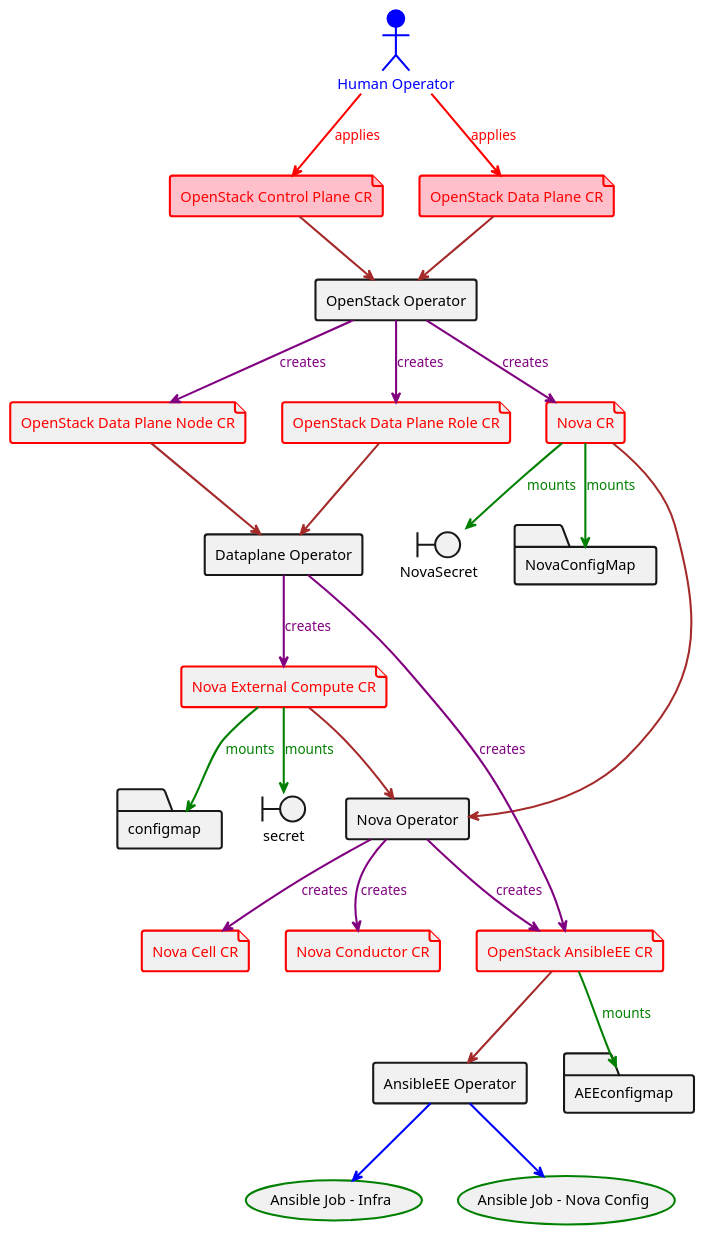
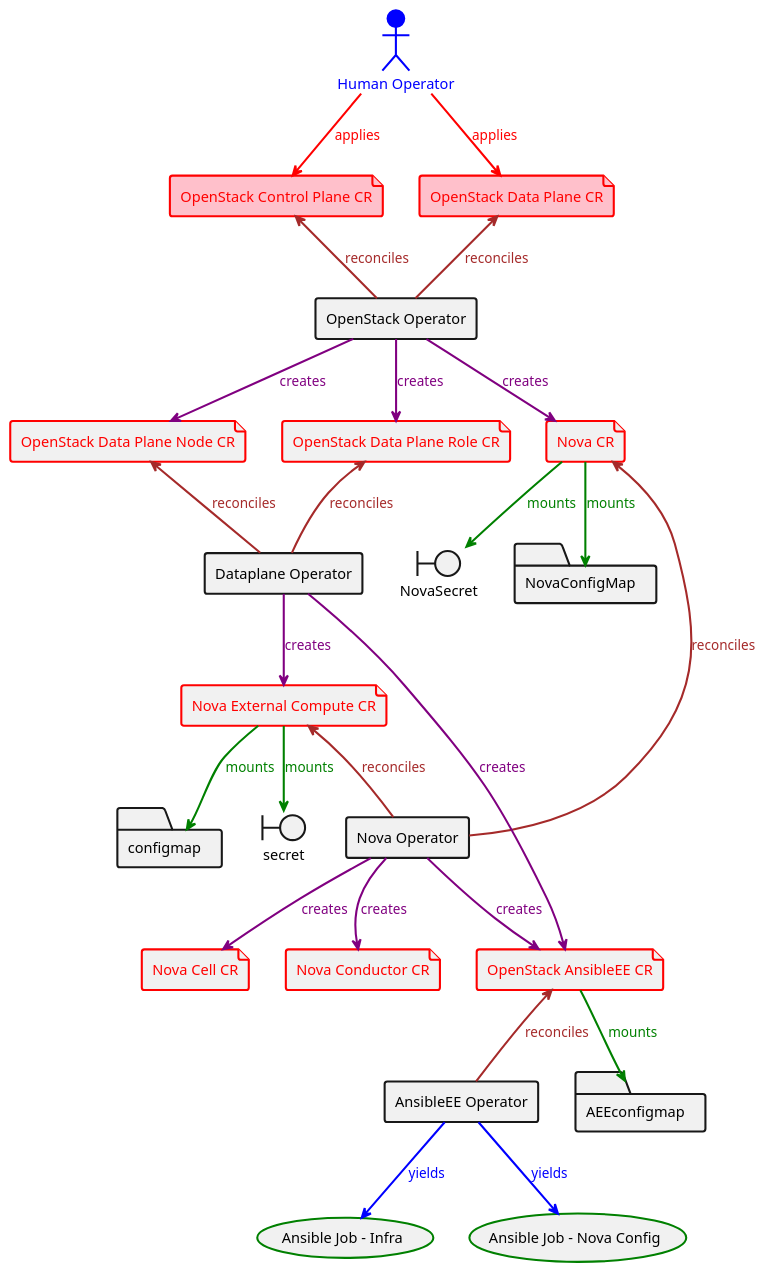
One commit to openstack-k8s-operators/dataplane-operator changed the diagram in docs/diagrams/src/edpm.puml. Above: the diagram before and after it, drawn with PlantUML. The commit also changed 2 other files, not shown here.

Commit message:
Fix minor issues on EDPM diagram

```diff
--- a/docs/diagrams/src/edpm.puml
+++ b/docs/diagrams/src/edpm.puml
@@ -1,54 +1,54 @@
 @startuml
 actor "Human Operator" as user #blue;line:blue;line.bold;text:blue
 
 file "OpenStack Control Plane CR" as OCPCR #pink;line:red;line.bold;text:red
 file "OpenStack Data Plane CR" as ODPCR #pink;line:red;line.bold;text:red
 file "OpenStack Data Plane Node CR" as ODPNCR #line:red;line.bold;text:red
 file "OpenStack Data Plane Role CR" as ODPRCR #line:red;line.bold;text:red
 file "Nova CR" as NCR #line:red;line.bold;text:red
 file "OpenStack AnsibleEE CR" as AEECR #line:red;line.bold;text:red
 file "Nova External Compute CR" as NECCR #line:red;line.bold;text:red
 file "Nova Cell CR" as NCeCR #line:red;line.bold;text:red
 file "Nova Conductor CR" as NCoCR #line:red;line.bold;text:red
 
 rectangle "OpenStack Operator" as OSOp #line.bold
 rectangle "Dataplane Operator" as DOp #line.bold
 rectangle "Nova Operator" as NOp #line.bold
 rectangle "AnsibleEE Operator" as AEEOp #line.bold
 
 usecase "Ansible Job - Infra" as AJI #line:green;line.bold
 usecase "Ansible Job - Nova Config" as AJNC #line:green;line.bold
 
 boundary secret #line.bold
 boundary NovaSecret #line.bold
 
 folder configmap #line.bold
 folder NovaConfigMap #line.bold
 folder AEEconfigmap #line.bold
 
 user --> OCPCR #line:red;line.bold;text:red  : applies
 user --> ODPCR #line:red;line.bold;text:red  : applies
-OCPCR --> OSOp #line:brown;line.bold
-ODPCR --> OSOp #line:brown;line.bold
+OCPCR <-- OSOp #line:brown;line.bold;text:brown : reconciles
+ODPCR <-- OSOp #line:brown;line.bold;text:brown : reconciles
 OSOp --> NCR #line:purple;line.bold;text:purple  : creates
 OSOp --> ODPNCR #line:purple;line.bold;text:purple  : creates
 OSOp --> ODPRCR #line:purple;line.bold;text:purple  : creates
-ODPNCR --> DOp #line:brown;line.bold
-ODPRCR --> DOp #line:brown;line.bold
-NCR --> NOp #line:brown;line.bold
+ODPNCR <-- DOp #line:brown;line.bold;text:brown : reconciles
+ODPRCR <-- DOp #line:brown;line.bold;text:brown : reconciles
+NCR <-- NOp #line:brown;line.bold;text:brown : reconciles
 DOp --> AEECR #line:purple;line.bold;text:purple  : creates
 DOp --> NECCR #line:purple;line.bold;text:purple  : creates
-AEECR --> AEEOp #line:brown;line.bold
-NECCR --> NOp #line:brown;line.bold
-AEEOp --> AJI #line:blue;line.bold
-AEEOp --> AJNC #line:blue;line.bold
+AEECR <-- AEEOp #line:brown;line.bold;text:brown : reconciles
+NECCR <-- NOp #line:brown;line.bold;text:brown : reconciles
+AEEOp --> AJI #line:blue;line.bold;text:blue : yields
+AEEOp --> AJNC #line:blue;line.bold;text:blue : yields
 NOp --> AEECR #line:purple;line.bold;text:purple  : creates
 NOp --> NCeCR #line:purple;line.bold;text:purple  : creates
 NOp --> NCoCR #line:purple;line.bold;text:purple  : creates
 NCR --> NovaSecret #line:green;line.bold;text:green  : mounts
 NCR --> NovaConfigMap #line:green;line.bold;text:green  : mounts
 NECCR --> secret #line:green;line.bold;text:green  : mounts
 NECCR --> configmap #line:green;line.bold;text:green  : mounts
 AEECR --> AEEconfigmap #line:green;line.bold;text:green  : mounts
 
 @enduml
```
